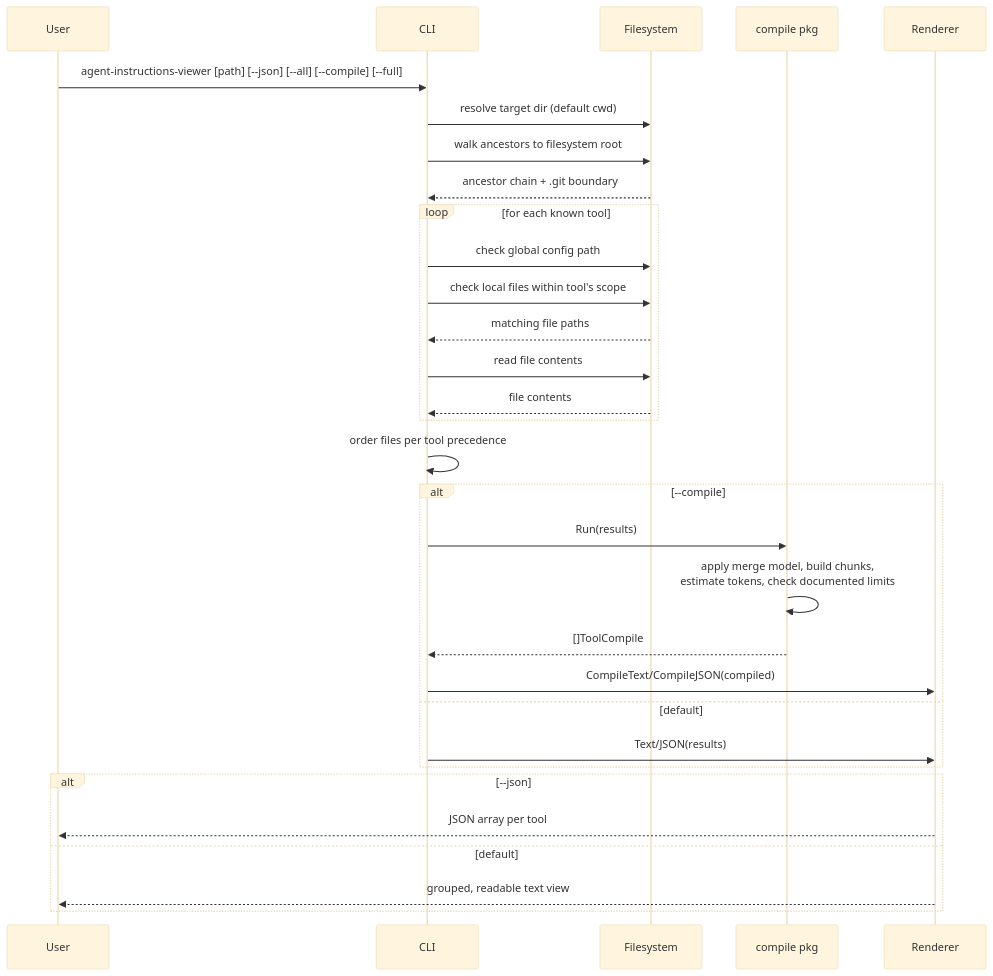
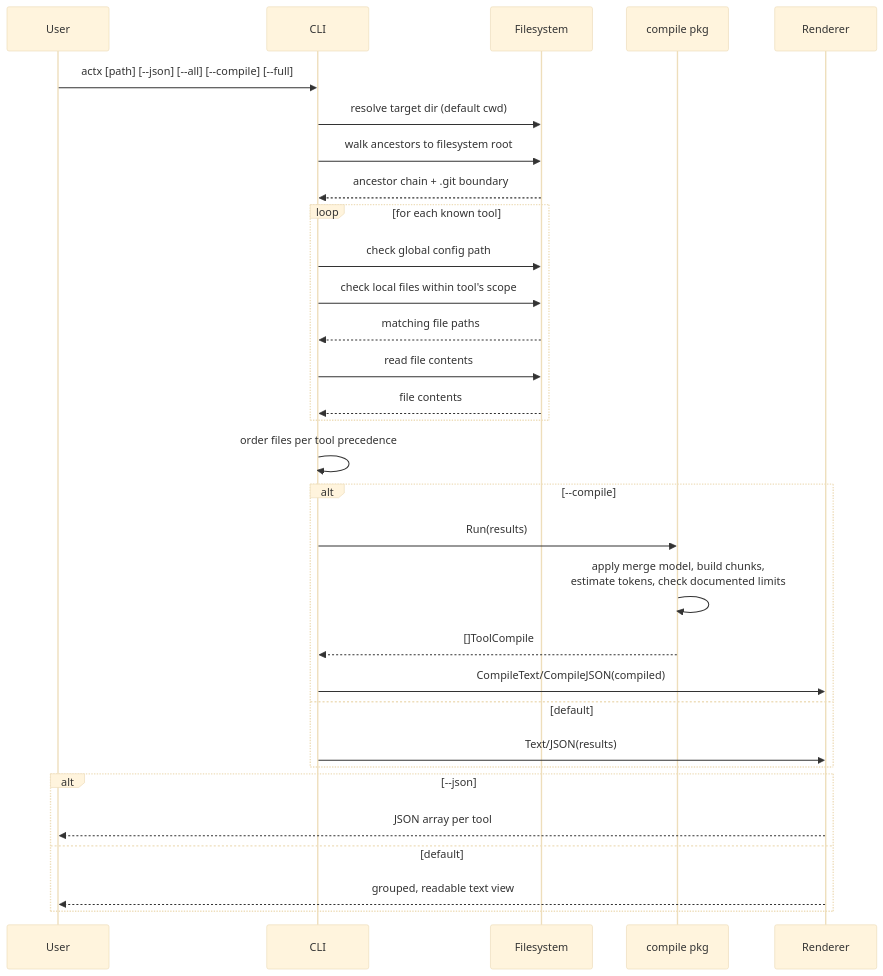
The second of 3 diagrams in docs/design.md (citadelgrad/agent-context-assembled), drawn with Mermaid (base theme) before and after one commit. The commit also changed other lines of this file and 11 other files, not shown here.

First line of the commit message:
Rename project to actx (Agent conTeXt)

````diff
--- a/docs/design.md
+++ b/docs/design.md
@@ -251,34 +251,34 @@
 ```mermaid
 sequenceDiagram
     participant U as User
     participant CLI as CLI
     participant FS as Filesystem
     participant C as compile pkg
     participant R as Renderer
 
-    U->>CLI: agent-instructions-viewer [path] [--json] [--all] [--compile] [--full]
+    U->>CLI: actx [path] [--json] [--all] [--compile] [--full]
     CLI->>FS: resolve target dir (default cwd)
     CLI->>FS: walk ancestors to filesystem root
     FS-->>CLI: ancestor chain + .git boundary
     loop for each known tool
         CLI->>FS: check global config path
         CLI->>FS: check local files within tool's scope
         FS-->>CLI: matching file paths
         CLI->>FS: read file contents
         FS-->>CLI: file contents
     end
     CLI->>CLI: order files per tool precedence
     alt --compile
         CLI->>C: Run(results)
         C->>C: apply merge model, build chunks,<br/>estimate tokens, check documented limits
         C-->>CLI: []ToolCompile
         CLI->>R: CompileText/CompileJSON(compiled)
     else default
         CLI->>R: Text/JSON(results)
     end
     alt --json
         R-->>U: JSON array per tool
     else default
         R-->>U: grouped, readable text view
     end
 ```
````
